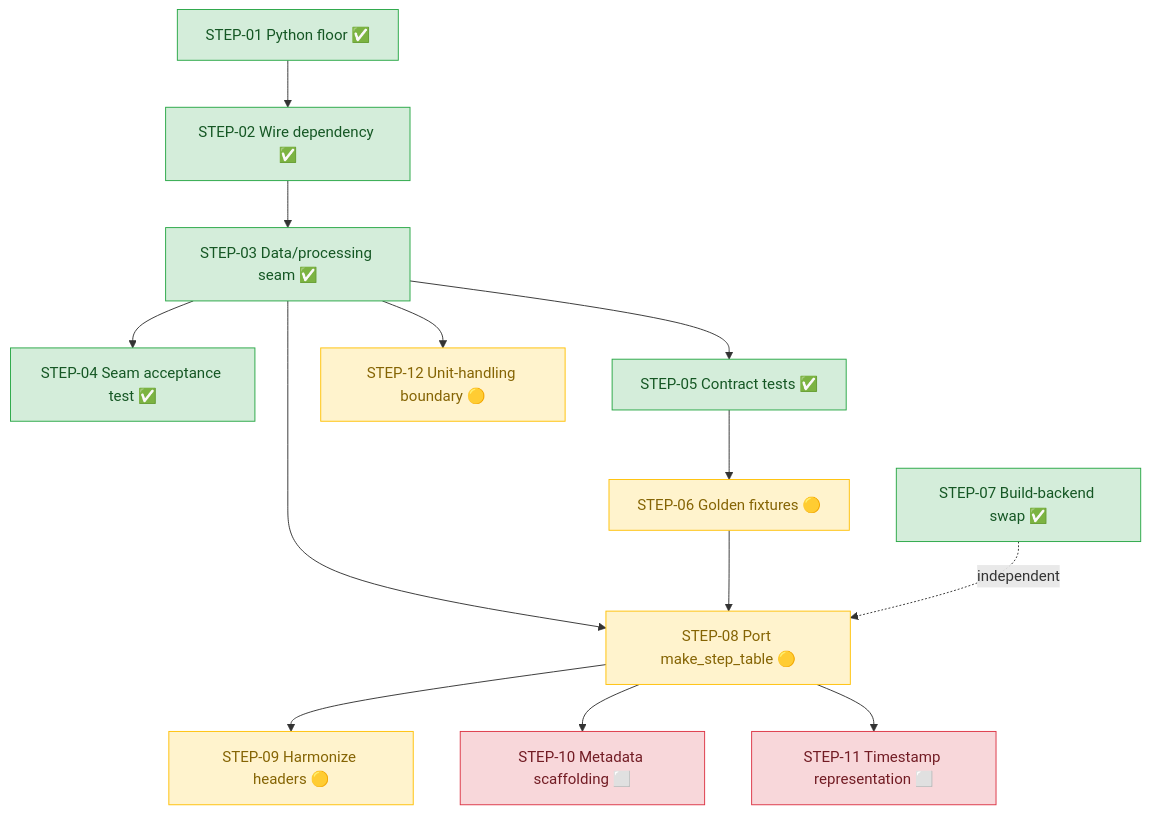
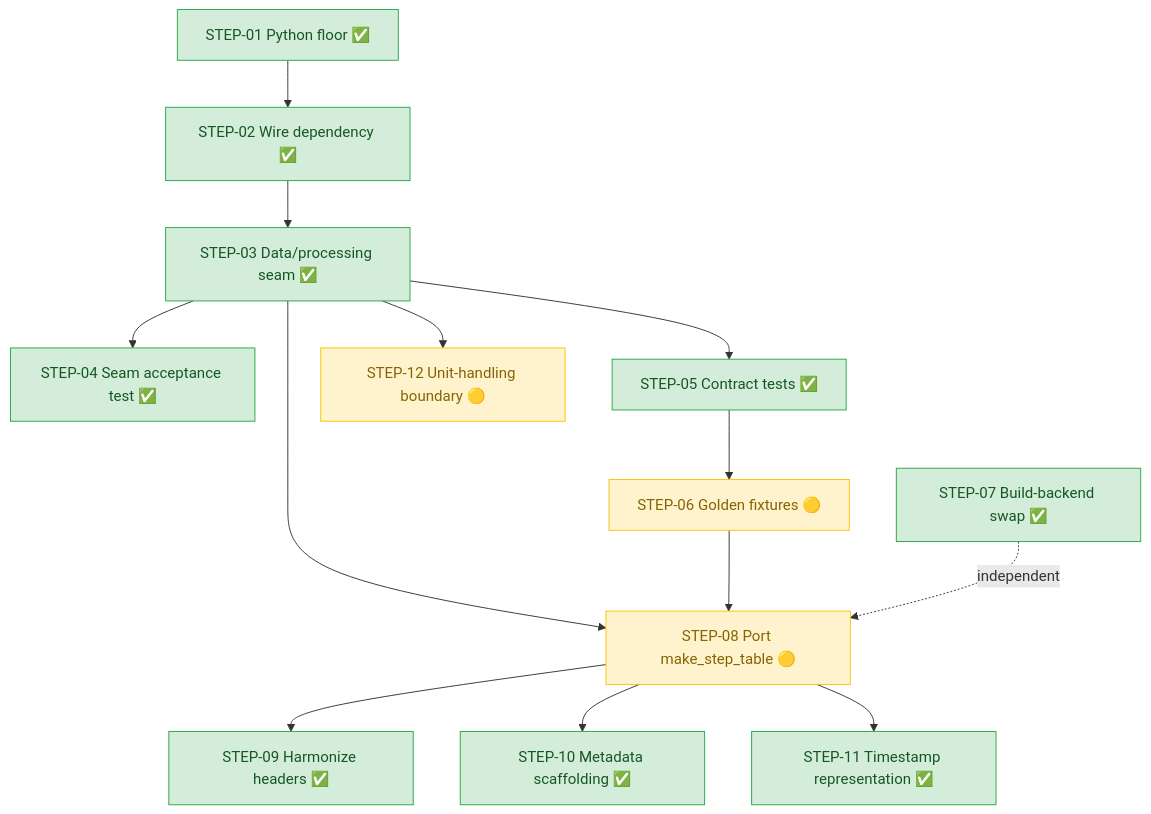
Before and after one commit to cellpy/cellpy-core: the diagram in .issueflows/04-designs-and-guides/cellpy-core-integration-roadmap.md, drawn with Mermaid. The commit also changed other lines of this file and 12 other files, not shown here.

````diff
--- a/.issueflows/04-designs-and-guides/cellpy-core-integration-roadmap.md
+++ b/.issueflows/04-designs-and-guides/cellpy-core-integration-roadmap.md
@@ -297,22 +305,21 @@
 ```mermaid
 flowchart TD
     S01["STEP-01 Python floor ✅"] --> S02["STEP-02 Wire dependency ✅"]
     S02 --> S03["STEP-03 Data/processing seam ✅"]
     S03 --> S04["STEP-04 Seam acceptance test ✅"]
     S03 --> S05["STEP-05 Contract tests ✅"]
     S05 --> S06["STEP-06 Golden fixtures 🟡"]
     S03 --> S08["STEP-08 Port make_step_table 🟡"]
     S06 --> S08
-    S08 --> S09["STEP-09 Harmonize headers 🟡"]
-    S08 --> S10["STEP-10 Metadata scaffolding ⬜"]
-    S08 --> S11["STEP-11 Timestamp representation ⬜"]
+    S08 --> S09["STEP-09 Harmonize headers ✅"]
+    S08 --> S10["STEP-10 Metadata scaffolding ✅"]
+    S08 --> S11["STEP-11 Timestamp representation ✅"]
     S03 --> S12["STEP-12 Unit-handling boundary 🟡"]
     S07["STEP-07 Build-backend swap ✅"] -.independent.-> S08
 
     classDef done fill:#d4edda,stroke:#28a745,color:#155724;
     classDef partly fill:#fff3cd,stroke:#ffc107,color:#856404;
     classDef todo fill:#f8d7da,stroke:#dc3545,color:#721c24;
-    class S01,S02,S03,S04,S05,S07 done;
-    class S06,S08,S09,S12 partly;
-    class S10,S11 todo;
+    class S01,S02,S03,S04,S05,S07,S09,S10,S11 done;
+    class S06,S08,S12 partly;
 ```
````
